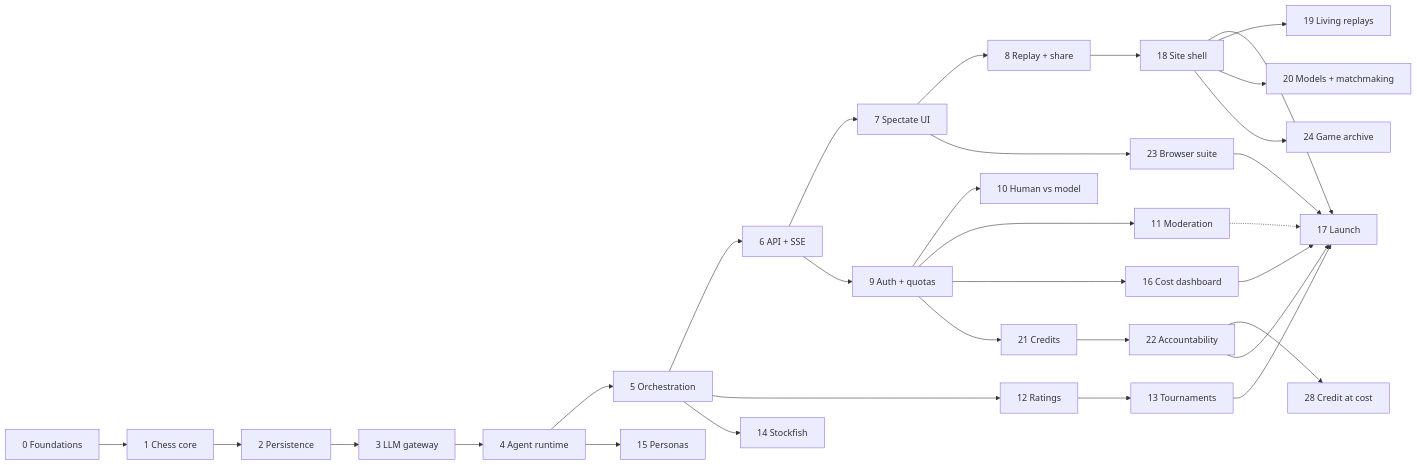
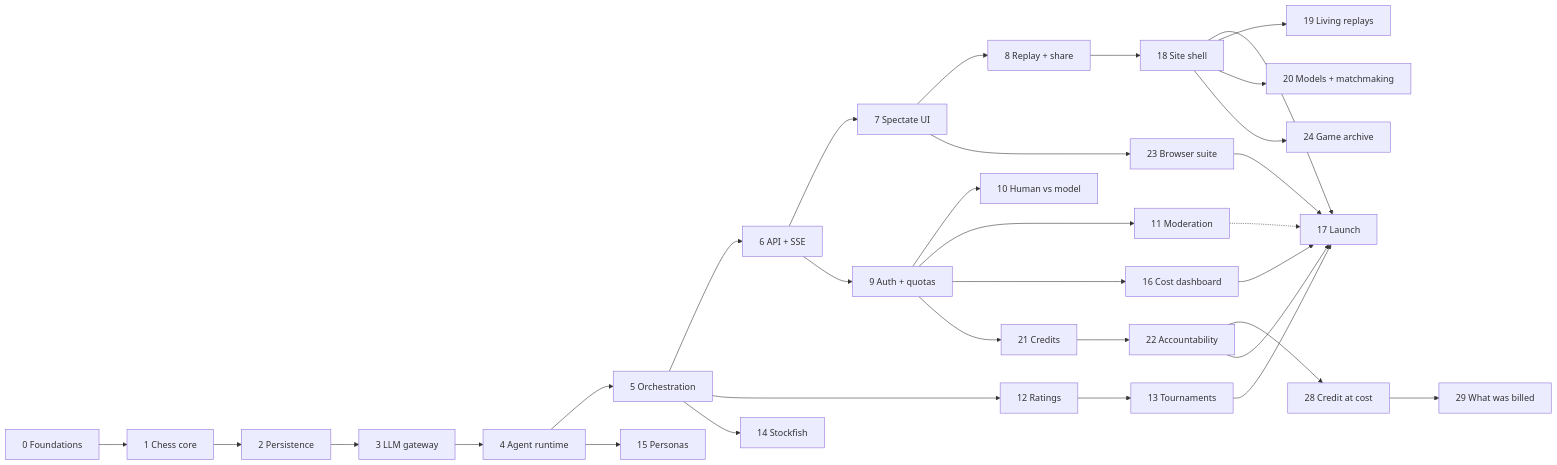
One commit to ahmedsaed/chessmark changed the diagram in docs/ROADMAP.md. Above: the diagram before and after it, drawn with Mermaid. The commit also changed other lines of this file and 25 other files, not shown here.

````diff
--- a/docs/ROADMAP.md
+++ b/docs/ROADMAP.md
@@ -21,33 +21,34 @@
 ```mermaid
 flowchart LR
     P0[0 Foundations] --> P1[1 Chess core]
     P1 --> P2[2 Persistence]
     P2 --> P3[3 LLM gateway]
     P3 --> P4[4 Agent runtime]
     P4 --> P5[5 Orchestration]
     P5 --> P6[6 API + SSE]
     P6 --> P7[7 Spectate UI]
     P7 --> P8[8 Replay + share]
     P6 --> P9[9 Auth + quotas]
     P9 --> P10[10 Human vs model]
     P9 --> P11[11 Moderation]
     P5 --> P12[12 Ratings]
     P12 --> P13[13 Tournaments]
     P5 --> P14[14 Stockfish]
     P4 --> P15[15 Personas]
     P9 --> P16[16 Cost dashboard]
     P8 --> P18[18 Site shell]
     P18 --> P17[17 Launch]
     P18 --> P19[19 Living replays]
     P18 --> P20[20 Models + matchmaking]
     P9 --> P21[21 Credits]
     P21 --> P22[22 Accountability]
     P22 --> P28[28 Credit at cost]
+    P28 --> P29[29 What was billed]
     P22 --> P17
     P7 --> P23[23 Browser suite]
     P18 --> P24[24 Game archive]
     P23 --> P17
     P11 -.-> P17
     P13 --> P17
     P16 --> P17
 ```
````
